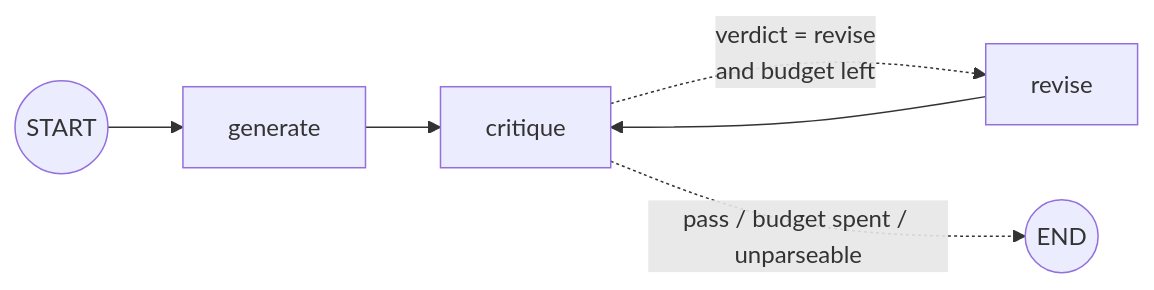
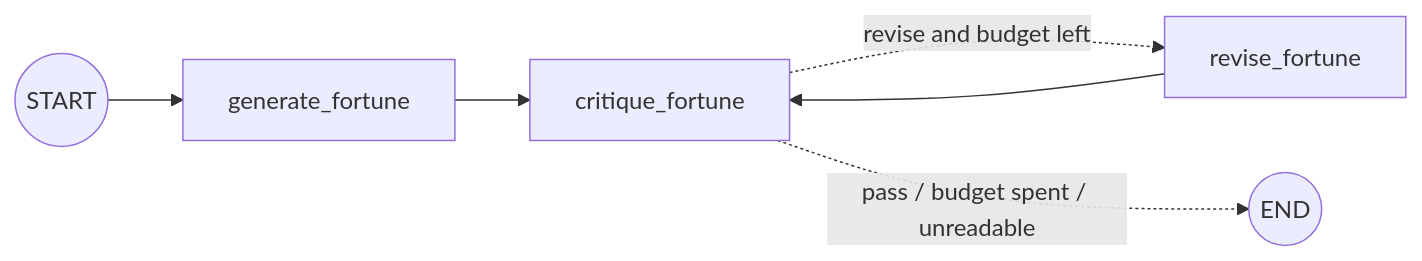
The diagram in wiki/notebooks/langgraph-two-call-extension.md (K4nishk/myPlayground), drawn with Mermaid before and after one commit. The commit also changed other lines of this file and 21 other files, not shown here.

````diff
--- a/wiki/notebooks/langgraph-two-call-extension.md
+++ b/wiki/notebooks/langgraph-two-call-extension.md
@@ -264,6 +316,6 @@
 ```mermaid
 flowchart LR
-  S((START)) --> G[generate] --> C[critique]
-  C -. verdict = revise<br/>and budget left .-> R[revise] --> C
-  C -. pass / budget spent / unparseable .-> E((END))
+  S((START)) --> G[generate_fortune] --> C[critique_fortune]
+  C -. revise and budget left .-> R[revise_fortune] --> C
+  C -. pass / budget spent / unreadable .-> E((END))
 ```
````
